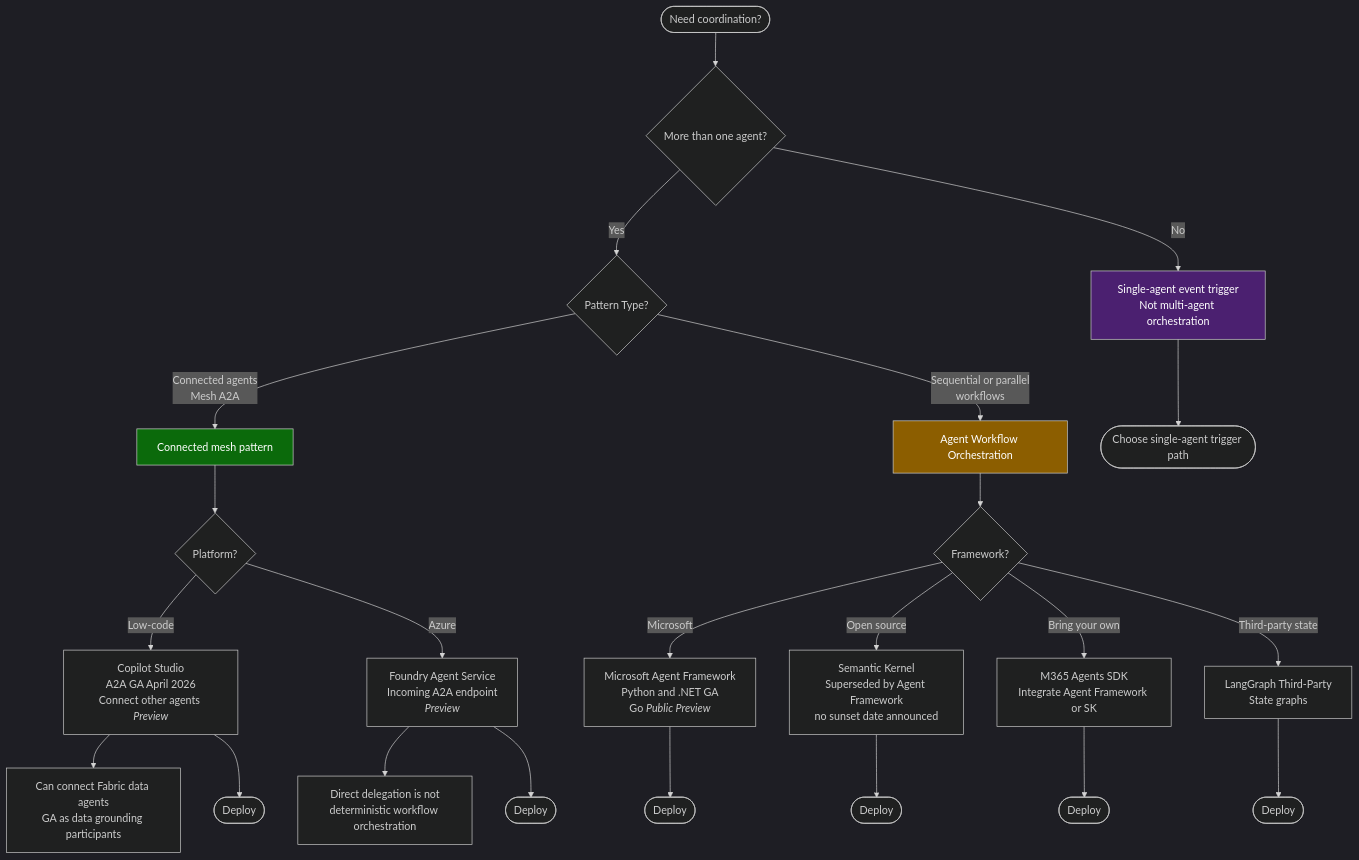
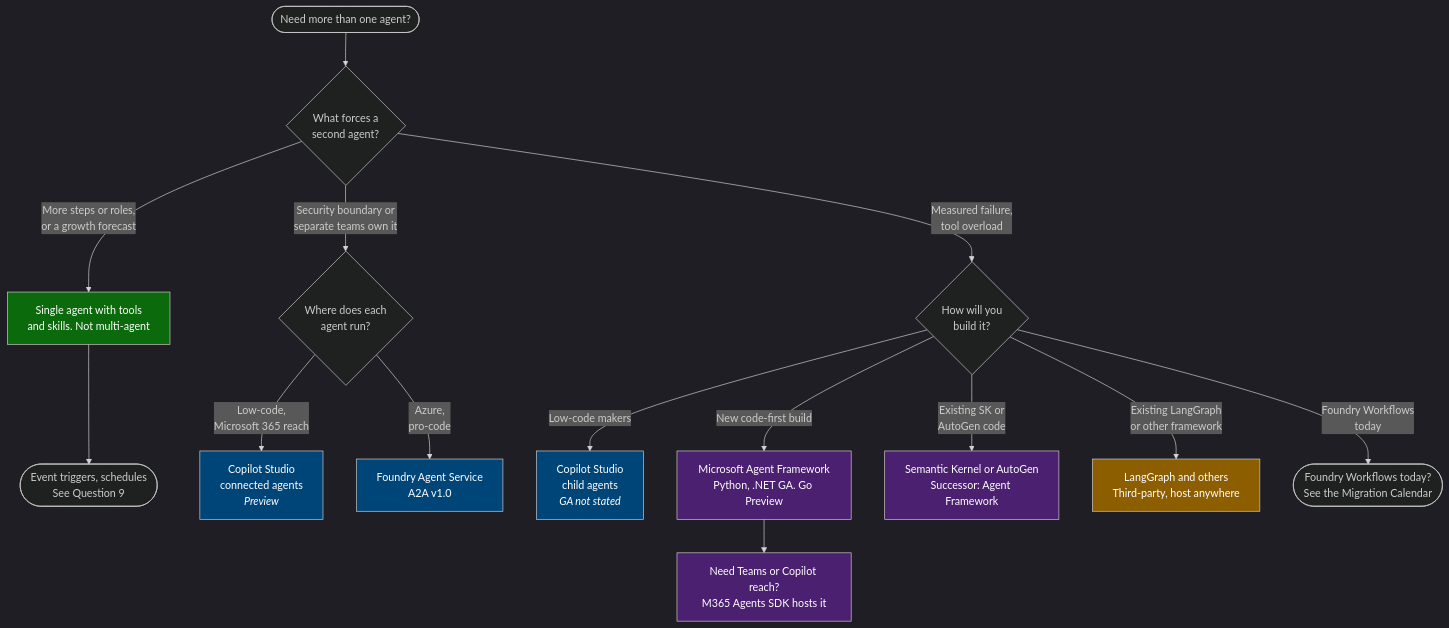
The seventh of 10 diagrams in docs/visual-framework.md (microsoft/Microsoft-AI-Decision-Framework), drawn with Mermaid before and after one commit. The commit also changed other lines of this file and 29 other files, not shown here.

````diff
--- a/docs/visual-framework.md
+++ b/docs/visual-framework.md
@@ -933,35 +958,41 @@
 ```mermaid
 %%{init: {'theme':'dark'}}%%
 flowchart TD
-    Start([Need coordination?]) --> IsMulti{More than one agent?}
-    IsMulti -->|No| SingleExit[Single-agent event trigger<br/>Not multi-agent orchestration]
-    IsMulti -->|Yes| Q1{Pattern Type?}
+    Start([Need more than one agent?])
+    Why{What forces a<br/>second agent?}
+    Solo[Single agent with tools<br/>and skills. Not multi-agent]
+    SoloLink([Event triggers, schedules<br/>See Question 9])
+    C_Platform{Where does each<br/>agent run?}
+    C_Studio[Copilot Studio<br/>connected agents<br/><i>Preview</i>]
+    C_Foundry[Foundry Agent Service<br/>A2A v1.0]
+    W_Style{How will you<br/>build it?}
+    W_Studio[Copilot Studio<br/>child agents<br/><i>GA not stated</i>]
+    W_MAF[Microsoft Agent Framework<br/>Python, .NET GA. Go Preview]
+    W_SDK[Need Teams or Copilot reach?<br/>M365 Agents SDK hosts it]
+    W_SK[Semantic Kernel or AutoGen<br/>Successor: Agent Framework]
+    W_Third[LangGraph and others<br/>Third-party, host anywhere]
+    W_Retire([Foundry Workflows today?<br/>See the Migration Calendar])
 
-    Q1 -->|Connected agents<br/>Mesh A2A| Connected[Connected mesh pattern]
-    Q1 -->|Sequential or parallel<br/>workflows| Workflows[Agent Workflow Orchestration]
+    Start --> Why
+    Why -->|More steps or roles,<br/>or a growth forecast| Solo
+    Why -->|Security boundary or<br/>separate teams own it| C_Platform
+    Why -->|Measured failure,<br/>tool overload| W_Style
+    Solo --> SoloLink
+    C_Platform -->|Low-code,<br/>Microsoft 365 reach| C_Studio
+    C_Platform -->|Azure,<br/>pro-code| C_Foundry
+    W_Style -->|Low-code makers| W_Studio
+    W_Style -->|New code-first build| W_MAF
+    W_Style -->|Existing SK or<br/>AutoGen code| W_SK
+    W_Style -->|Existing LangGraph<br/>or other framework| W_Third
+    W_Style -->|Foundry Workflows<br/>today| W_Retire
+    W_MAF --> W_SDK
 
-    Connected --> C_Platform{Platform?}
-    C_Platform -->|Low-code| C_Studio[Copilot Studio<br/>A2A GA April 2026<br/>Connect other agents <i>Preview</i>]
-    C_Platform -->|Azure| C_Foundry[Foundry Agent Service<br/>Incoming A2A endpoint<br/><i>Preview</i>]
-
-    Workflows --> W_Framework{Framework?}
-    W_Framework -->|Microsoft| W_AgentFW[Microsoft Agent Framework<br/>Python and .NET GA<br/>Go <i>Public Preview</i>]
-    W_Framework -->|Open source| W_SK[Semantic Kernel<br/>Superseded by Agent Framework<br/>no sunset date announced]
-    W_Framework -->|Bring your own| W_SDK[M365 Agents SDK<br/>Integrate Agent Framework or SK]
-    W_Framework -->|Third-party state| W_LangGraph[LangGraph Third-Party<br/>State graphs]
-
-    C_Studio --> Note1[Can connect Fabric data agents<br/>GA as data grounding participants]
-    C_Foundry --> Note2[Direct delegation is not<br/>deterministic workflow orchestration]
-
-    C_Studio --> Deploy1([Deploy])
-    C_Foundry --> Deploy2([Deploy])
-    W_AgentFW --> Deploy3([Deploy])
-    W_SK --> Deploy4([Deploy])
-    W_SDK --> Deploy5([Deploy])
-    W_LangGraph --> Deploy6([Deploy])
-    SingleExit --> Deploy7([Choose single-agent trigger path])
-
-    style Connected fill:#0b6a0b,color:#fff
-    style Workflows fill:#8c5e00,color:#fff
-    style SingleExit fill:#4b2070,color:#fff
+    style Solo fill:#0b6a0b,color:#fff
+    style C_Studio fill:#004578,color:#fff
+    style C_Foundry fill:#004578,color:#fff
+    style W_Studio fill:#004578,color:#fff
+    style W_MAF fill:#4b2070,color:#fff
+    style W_SDK fill:#4b2070,color:#fff
+    style W_SK fill:#4b2070,color:#fff
+    style W_Third fill:#8c5e00,color:#fff
 ```
````
